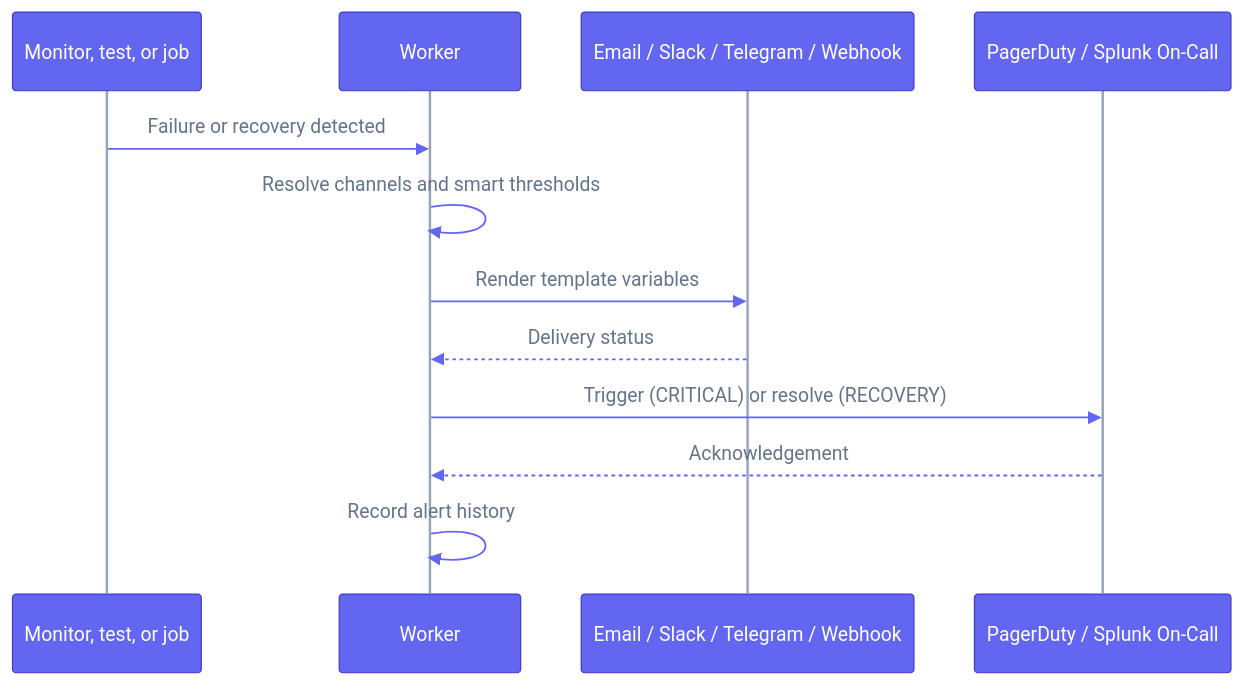
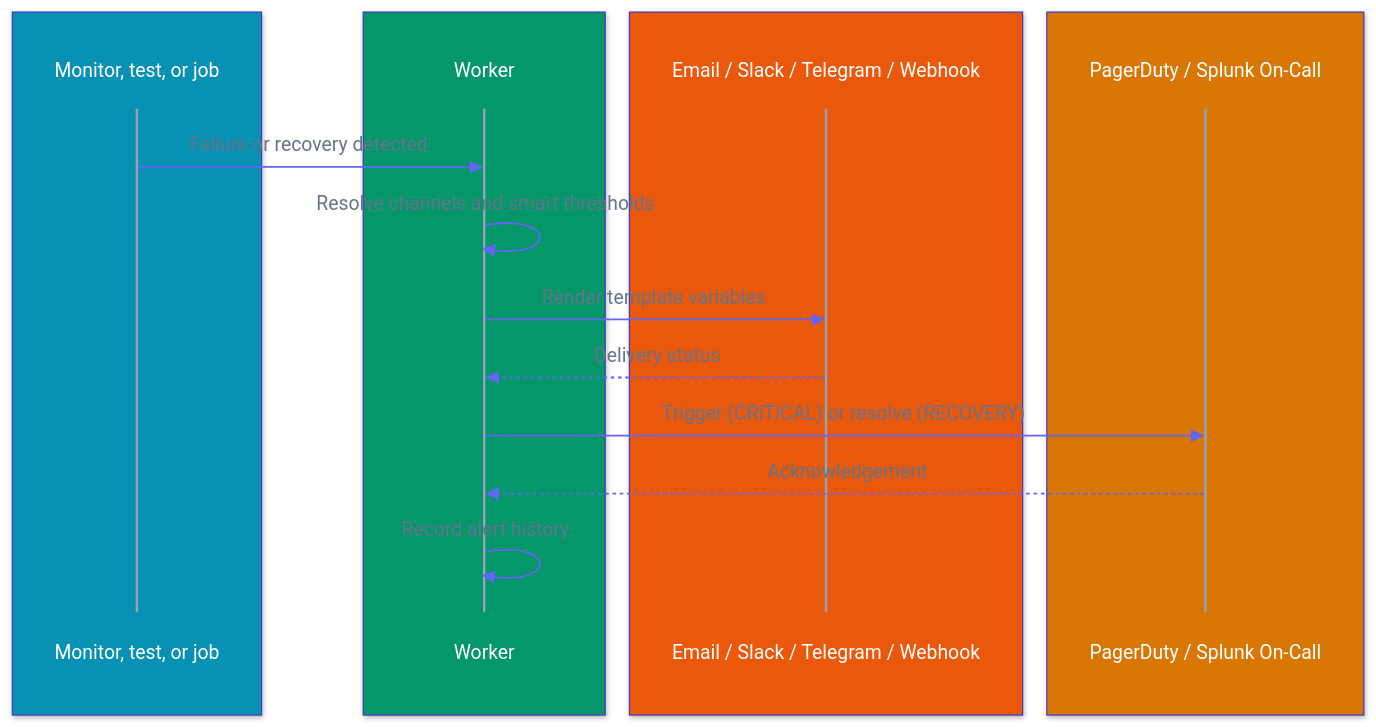
Before and after one commit to supercheck-io/supercheck: the diagram in docs/content/docs/app/communicate/alerts.mdx, drawn with Mermaid. The commit also changed 14 other files, not shown here.

First line of the commit message:
docs: reorganize architecture diagram and add color to sequence diagrams

````diff
--- a/docs/content/docs/app/communicate/alerts.mdx
+++ b/docs/content/docs/app/communicate/alerts.mdx
@@ -9,16 +9,24 @@
 ```mermaid
-%%{init: {"theme":"base","themeVariables":{"fontFamily":"ui-sans-serif, system-ui, -apple-system, Segoe UI, Roboto, sans-serif","primaryColor":"#6366f1","primaryTextColor":"#ffffff","primaryBorderColor":"#4338ca","lineColor":"#94a3b8","actorBkg":"#6366f1","actorBorder":"#4338ca","actorTextColor":"#ffffff","actorLineColor":"#94a3b8","signalColor":"#6366f1","signalTextColor":"#64748b","labelBoxBkgColor":"#f59e0b","labelBoxBorderColor":"#b45309","labelTextColor":"#ffffff","loopTextColor":"#64748b","activationBkgColor":"#8b5cf6","activationBorderColor":"#6d28d9","noteBkgColor":"#f59e0b","noteBorderColor":"#b45309","noteTextColor":"#ffffff","textColor":"#64748b","mainBkg":"#ffffff"}}}%%
+%%{init: {"theme":"base","themeVariables":{"fontFamily":"ui-sans-serif, system-ui, -apple-system, Segoe UI, Roboto, sans-serif","primaryColor":"#6366f1","primaryTextColor":"#ffffff","primaryBorderColor":"#4338ca","lineColor":"#94a3b8","actorBkg":"transparent","actorBorder":"transparent","actorTextColor":"#ffffff","actorLineColor":"#94a3b8","signalColor":"#6366f1","signalTextColor":"#64748b","labelBoxBkgColor":"#d97706","labelBoxBorderColor":"#b45309","labelTextColor":"#ffffff","loopTextColor":"#64748b","activationBkgColor":"#7c3aed","activationBorderColor":"#6d28d9","noteBkgColor":"#d97706","noteBorderColor":"#b45309","noteTextColor":"#ffffff","textColor":"#64748b","mainBkg":"#ffffff"}}}%%
 sequenceDiagram
-    participant Check as Monitor, test, or job
-    participant Worker as Worker
-    participant Channel as Email / Slack / Telegram / Webhook
-    participant OnCall as PagerDuty / Splunk On-Call
+    box rgb(8,145,178)
+        participant Check as Monitor, test, or job
+    end
+    box rgb(5,150,105)
+        participant Worker as Worker
+    end
+    box rgb(234,88,12)
+        participant Channel as Email / Slack / Telegram / Webhook
+    end
+    box rgb(217,119,6)
+        participant OnCall as PagerDuty / Splunk On-Call
+    end
 
     Check->>Worker: Failure or recovery detected
     Worker->>Worker: Resolve channels and smart thresholds
     Worker->>Channel: Render template variables
     Channel-->>Worker: Delivery status
     Worker->>OnCall: Trigger (CRITICAL) or resolve (RECOVERY)
     OnCall-->>Worker: Acknowledgement
     Worker->>Worker: Record alert history
 ```
````
